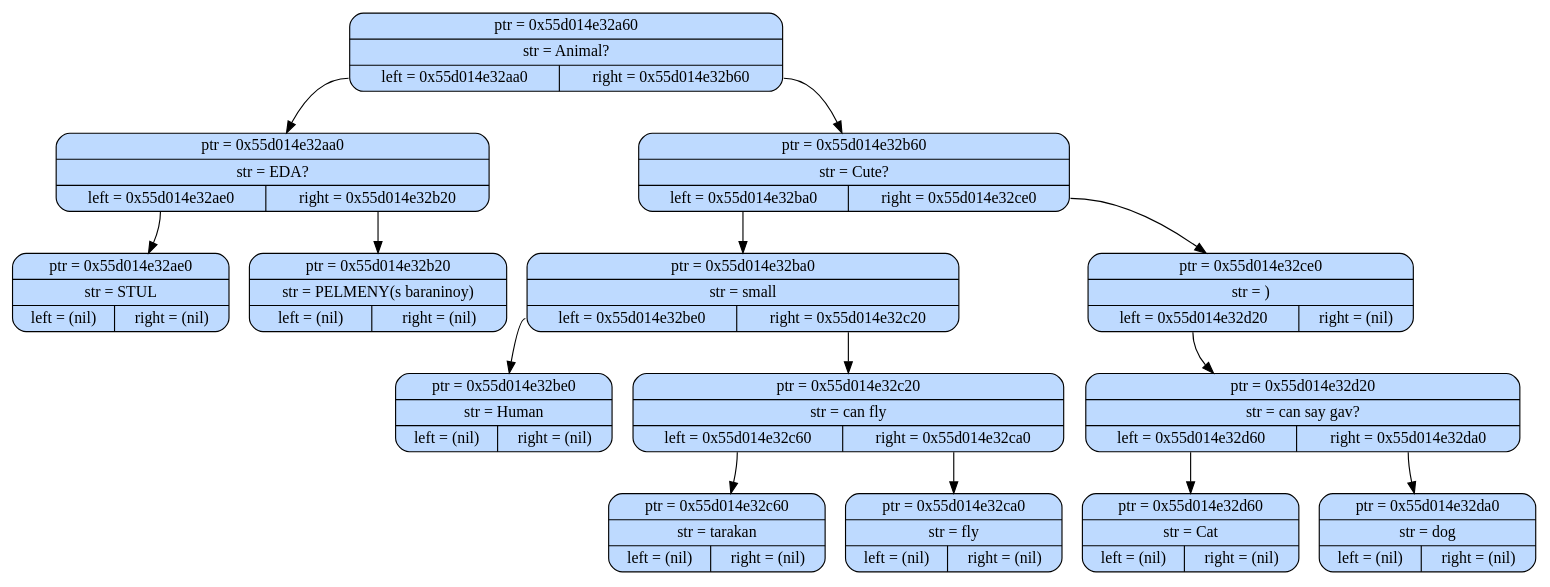
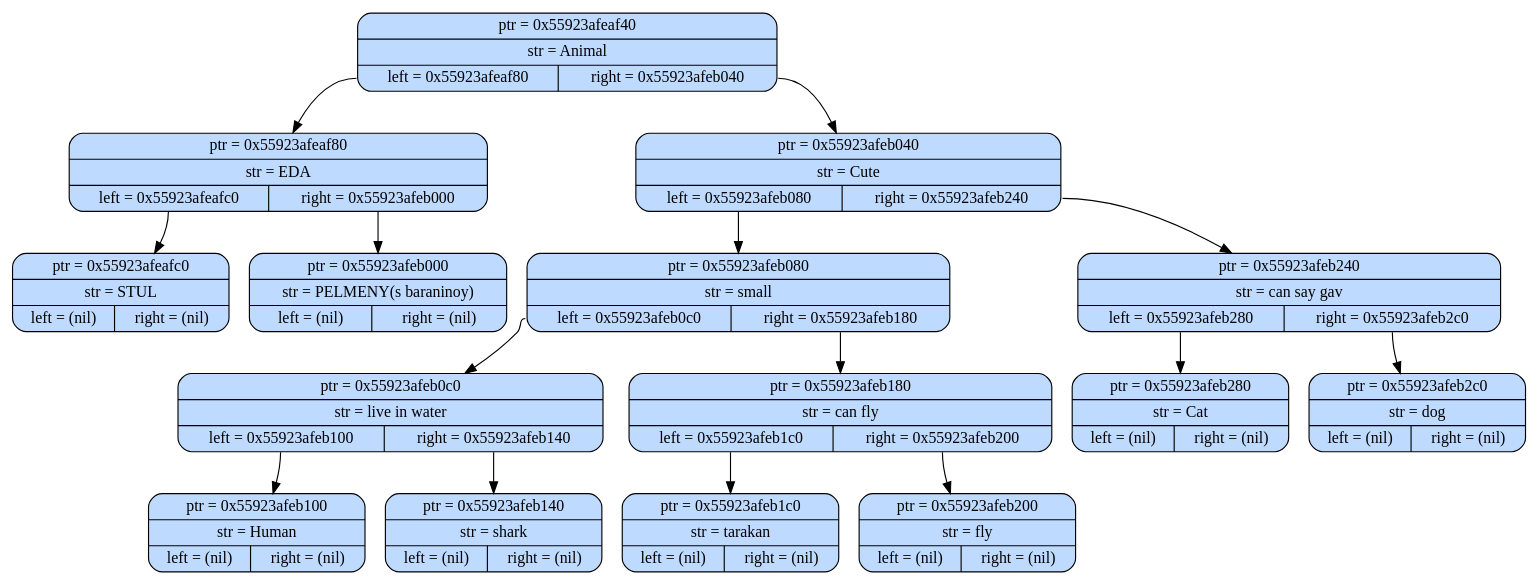
The diagram in tree.dot (Vodyanoy-Q/Akinator), drawn with Graphviz before and after one commit. The commit also changed 15 other files, not shown here.

```diff
--- a/tree.dot
+++ b/tree.dot
@@ -1,43 +1,46 @@
 digraph {
-    node0x55d014e32a60 [shape = "Mrecord",  label=" {ptr = 0x55d014e32a60 | str = Animal? | {<f0> left = 0x55d014e32aa0 | <f1> right = 0x55d014e32b60}} ", style="filled", fillcolor="#BEDAFF"]
-    node0x55d014e32a60:<f0> -> node0x55d014e32aa0
-    node0x55d014e32a60:<f1> -> node0x55d014e32b60
+    node0x55923afeaf40 [shape = "Mrecord",  label=" {ptr = 0x55923afeaf40 | str = Animal | {<f0> left = 0x55923afeaf80 | <f1> right = 0x55923afeb040}} ", style="filled", fillcolor="#BEDAFF"]
+    node0x55923afeaf40:<f0> -> node0x55923afeaf80
+    node0x55923afeaf40:<f1> -> node0x55923afeb040
 
-    node0x55d014e32aa0 [shape = "Mrecord",  label=" {ptr = 0x55d014e32aa0 | str = EDA? | {<f0> left = 0x55d014e32ae0 | <f1> right = 0x55d014e32b20}} ", style="filled", fillcolor="#BEDAFF"]
-    node0x55d014e32aa0:<f0> -> node0x55d014e32ae0
-    node0x55d014e32aa0:<f1> -> node0x55d014e32b20
+    node0x55923afeaf80 [shape = "Mrecord",  label=" {ptr = 0x55923afeaf80 | str = EDA | {<f0> left = 0x55923afeafc0 | <f1> right = 0x55923afeb000}} ", style="filled", fillcolor="#BEDAFF"]
+    node0x55923afeaf80:<f0> -> node0x55923afeafc0
+    node0x55923afeaf80:<f1> -> node0x55923afeb000
 
-    node0x55d014e32ae0 [shape = "Mrecord",  label=" {ptr = 0x55d014e32ae0 | str = STUL | {<f0> left = (nil) | <f1> right = (nil)}} ", style="filled", fillcolor="#BEDAFF"]
+    node0x55923afeafc0 [shape = "Mrecord",  label=" {ptr = 0x55923afeafc0 | str = STUL | {<f0> left = (nil) | <f1> right = (nil)}} ", style="filled", fillcolor="#BEDAFF"]
 
-    node0x55d014e32b20 [shape = "Mrecord",  label=" {ptr = 0x55d014e32b20 | str = PELMENY(s baraninoy) | {<f0> left = (nil) | <f1> right = (nil)}} ", style="filled", fillcolor="#BEDAFF"]
+    node0x55923afeb000 [shape = "Mrecord",  label=" {ptr = 0x55923afeb000 | str = PELMENY(s baraninoy) | {<f0> left = (nil) | <f1> right = (nil)}} ", style="filled", fillcolor="#BEDAFF"]
 
-    node0x55d014e32b60 [shape = "Mrecord",  label=" {ptr = 0x55d014e32b60 | str = Cute? | {<f0> left = 0x55d014e32ba0 | <f1> right = 0x55d014e32ce0}} ", style="filled", fillcolor="#BEDAFF"]
-    node0x55d014e32b60:<f0> -> node0x55d014e32ba0
-    node0x55d014e32b60:<f1> -> node0x55d014e32ce0
+    node0x55923afeb040 [shape = "Mrecord",  label=" {ptr = 0x55923afeb040 | str = Cute | {<f0> left = 0x55923afeb080 | <f1> right = 0x55923afeb240}} ", style="filled", fillcolor="#BEDAFF"]
+    node0x55923afeb040:<f0> -> node0x55923afeb080
+    node0x55923afeb040:<f1> -> node0x55923afeb240
 
-    node0x55d014e32ba0 [shape = "Mrecord",  label=" {ptr = 0x55d014e32ba0 | str = small | {<f0> left = 0x55d014e32be0 | <f1> right = 0x55d014e32c20}} ", style="filled", fillcolor="#BEDAFF"]
-    node0x55d014e32ba0:<f0> -> node0x55d014e32be0
-    node0x55d014e32ba0:<f1> -> node0x55d014e32c20
+    node0x55923afeb080 [shape = "Mrecord",  label=" {ptr = 0x55923afeb080 | str = small | {<f0> left = 0x55923afeb0c0 | <f1> right = 0x55923afeb180}} ", style="filled", fillcolor="#BEDAFF"]
+    node0x55923afeb080:<f0> -> node0x55923afeb0c0
+    node0x55923afeb080:<f1> -> node0x55923afeb180
 
-    node0x55d014e32be0 [shape = "Mrecord",  label=" {ptr = 0x55d014e32be0 | str = Human | {<f0> left = (nil) | <f1> right = (nil)}} ", style="filled", fillcolor="#BEDAFF"]
+    node0x55923afeb0c0 [shape = "Mrecord",  label=" {ptr = 0x55923afeb0c0 | str = live in water | {<f0> left = 0x55923afeb100 | <f1> right = 0x55923afeb140}} ", style="filled", fillcolor="#BEDAFF"]
+    node0x55923afeb0c0:<f0> -> node0x55923afeb100
+    node0x55923afeb0c0:<f1> -> node0x55923afeb140
 
-    node0x55d014e32c20 [shape = "Mrecord",  label=" {ptr = 0x55d014e32c20 | str = can fly | {<f0> left = 0x55d014e32c60 | <f1> right = 0x55d014e32ca0}} ", style="filled", fillcolor="#BEDAFF"]
-    node0x55d014e32c20:<f0> -> node0x55d014e32c60
-    node0x55d014e32c20:<f1> -> node0x55d014e32ca0
+    node0x55923afeb100 [shape = "Mrecord",  label=" {ptr = 0x55923afeb100 | str = Human | {<f0> left = (nil) | <f1> right = (nil)}} ", style="filled", fillcolor="#BEDAFF"]
 
-    node0x55d014e32c60 [shape = "Mrecord",  label=" {ptr = 0x55d014e32c60 | str = tarakan | {<f0> left = (nil) | <f1> right = (nil)}} ", style="filled", fillcolor="#BEDAFF"]
+    node0x55923afeb140 [shape = "Mrecord",  label=" {ptr = 0x55923afeb140 | str = shark | {<f0> left = (nil) | <f1> right = (nil)}} ", style="filled", fillcolor="#BEDAFF"]
 
-    node0x55d014e32ca0 [shape = "Mrecord",  label=" {ptr = 0x55d014e32ca0 | str = fly | {<f0> left = (nil) | <f1> right = (nil)}} ", style="filled", fillcolor="#BEDAFF"]
+    node0x55923afeb180 [shape = "Mrecord",  label=" {ptr = 0x55923afeb180 | str = can fly | {<f0> left = 0x55923afeb1c0 | <f1> right = 0x55923afeb200}} ", style="filled", fillcolor="#BEDAFF"]
+    node0x55923afeb180:<f0> -> node0x55923afeb1c0
+    node0x55923afeb180:<f1> -> node0x55923afeb200
 
-    node0x55d014e32ce0 [shape = "Mrecord",  label=" {ptr = 0x55d014e32ce0 | str = ) | {<f0> left = 0x55d014e32d20 | <f1> right = (nil)}} ", style="filled", fillcolor="#BEDAFF"]
-    node0x55d014e32ce0:<f0> -> node0x55d014e32d20
+    node0x55923afeb1c0 [shape = "Mrecord",  label=" {ptr = 0x55923afeb1c0 | str = tarakan | {<f0> left = (nil) | <f1> right = (nil)}} ", style="filled", fillcolor="#BEDAFF"]
 
-    node0x55d014e32d20 [shape = "Mrecord",  label=" {ptr = 0x55d014e32d20 | str = can say gav? | {<f0> left = 0x55d014e32d60 | <f1> right = 0x55d014e32da0}} ", style="filled", fillcolor="#BEDAFF"]
-    node0x55d014e32d20:<f0> -> node0x55d014e32d60
-    node0x55d014e32d20:<f1> -> node0x55d014e32da0
+    node0x55923afeb200 [shape = "Mrecord",  label=" {ptr = 0x55923afeb200 | str = fly | {<f0> left = (nil) | <f1> right = (nil)}} ", style="filled", fillcolor="#BEDAFF"]
 
-    node0x55d014e32d60 [shape = "Mrecord",  label=" {ptr = 0x55d014e32d60 | str = Cat | {<f0> left = (nil) | <f1> right = (nil)}} ", style="filled", fillcolor="#BEDAFF"]
+    node0x55923afeb240 [shape = "Mrecord",  label=" {ptr = 0x55923afeb240 | str = can say gav | {<f0> left = 0x55923afeb280 | <f1> right = 0x55923afeb2c0}} ", style="filled", fillcolor="#BEDAFF"]
+    node0x55923afeb240:<f0> -> node0x55923afeb280
+    node0x55923afeb240:<f1> -> node0x55923afeb2c0
 
-    node0x55d014e32da0 [shape = "Mrecord",  label=" {ptr = 0x55d014e32da0 | str = dog | {<f0> left = (nil) | <f1> right = (nil)}} ", style="filled", fillcolor="#BEDAFF"]
+    node0x55923afeb280 [shape = "Mrecord",  label=" {ptr = 0x55923afeb280 | str = Cat | {<f0> left = (nil) | <f1> right = (nil)}} ", style="filled", fillcolor="#BEDAFF"]
+
+    node0x55923afeb2c0 [shape = "Mrecord",  label=" {ptr = 0x55923afeb2c0 | str = dog | {<f0> left = (nil) | <f1> right = (nil)}} ", style="filled", fillcolor="#BEDAFF"]
 
 }
```
